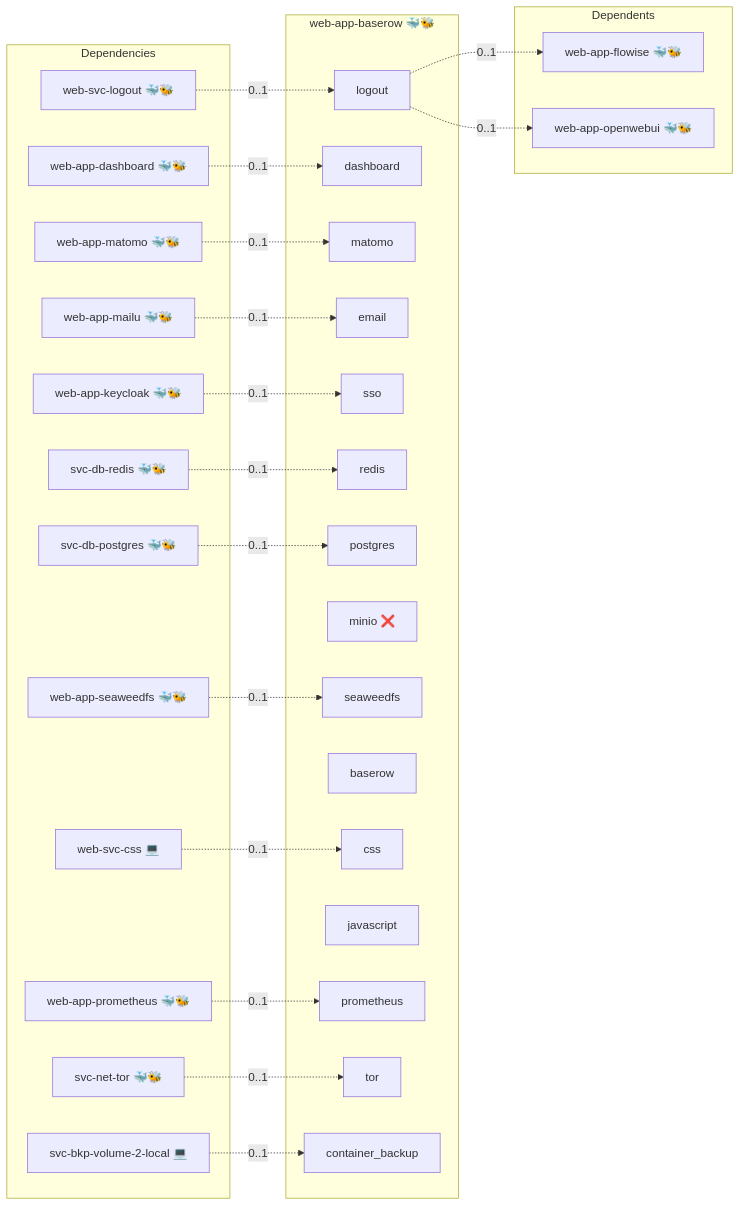
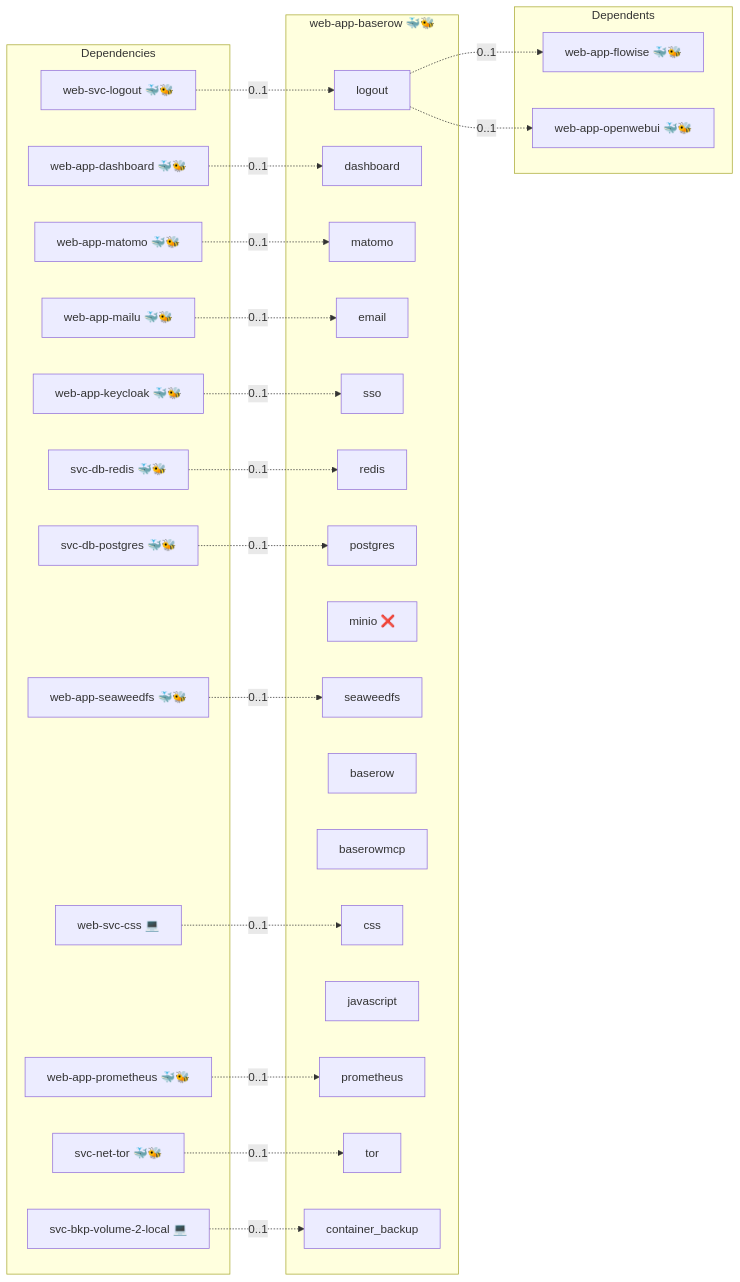
Before and after one commit to infinito-nexus/core: the diagram in roles/web-app-baserow/README.md, drawn with Mermaid. The commit also changed other lines of this file and 10 other files, not shown here.

````diff
--- a/roles/web-app-baserow/README.md
+++ b/roles/web-app-baserow/README.md
@@ -15,52 +15,53 @@
 ```mermaid
 flowchart LR
     subgraph deps [Dependencies]
         dep_svc_bkp_volume_2_local["svc-bkp-volume-2-local 💻"]
         dep_svc_db_postgres["svc-db-postgres 🐳🐝"]
         dep_svc_db_redis["svc-db-redis 🐳🐝"]
         dep_svc_net_tor["svc-net-tor 🐳🐝"]
         dep_web_app_dashboard["web-app-dashboard 🐳🐝"]
         dep_web_app_keycloak["web-app-keycloak 🐳🐝"]
         dep_web_app_mailu["web-app-mailu 🐳🐝"]
         dep_web_app_matomo["web-app-matomo 🐳🐝"]
         dep_web_app_prometheus["web-app-prometheus 🐳🐝"]
         dep_web_app_seaweedfs["web-app-seaweedfs 🐳🐝"]
         dep_web_svc_css["web-svc-css 💻"]
         dep_web_svc_logout["web-svc-logout 🐳🐝"]
     end
     subgraph role [web-app-baserow 🐳🐝]
         svc_logout["logout"]
         svc_dashboard["dashboard"]
         svc_matomo["matomo"]
         svc_email["email"]
         svc_sso["sso"]
         svc_redis["redis"]
         svc_postgres["postgres"]
         svc_minio["minio ❌"]
         svc_seaweedfs["seaweedfs"]
         svc_baserow["baserow"]
+        svc_baserowmcp["baserowmcp"]
         svc_css["css"]
         svc_javascript["javascript"]
         svc_prometheus["prometheus"]
         svc_tor["tor"]
         svc_container_backup["container_backup"]
     end
     subgraph dependents [Dependents]
         dpt_web_app_flowise["web-app-flowise 🐳🐝"]
         dpt_web_app_openwebui["web-app-openwebui 🐳🐝"]
     end
     dep_svc_bkp_volume_2_local -. "0..1" .-> svc_container_backup
     dep_svc_db_postgres -. "0..1" .-> svc_postgres
     dep_svc_db_redis -. "0..1" .-> svc_redis
     dep_svc_net_tor -. "0..1" .-> svc_tor
     dep_web_app_dashboard -. "0..1" .-> svc_dashboard
     dep_web_app_keycloak -. "0..1" .-> svc_sso
     dep_web_app_mailu -. "0..1" .-> svc_email
     dep_web_app_matomo -. "0..1" .-> svc_matomo
     dep_web_app_prometheus -. "0..1" .-> svc_prometheus
     dep_web_app_seaweedfs -. "0..1" .-> svc_seaweedfs
     dep_web_svc_css -. "0..1" .-> svc_css
     dep_web_svc_logout -. "0..1" .-> svc_logout
     svc_logout -. "0..1" .-> dpt_web_app_flowise
     svc_logout -. "0..1" .-> dpt_web_app_openwebui
 ```
````
